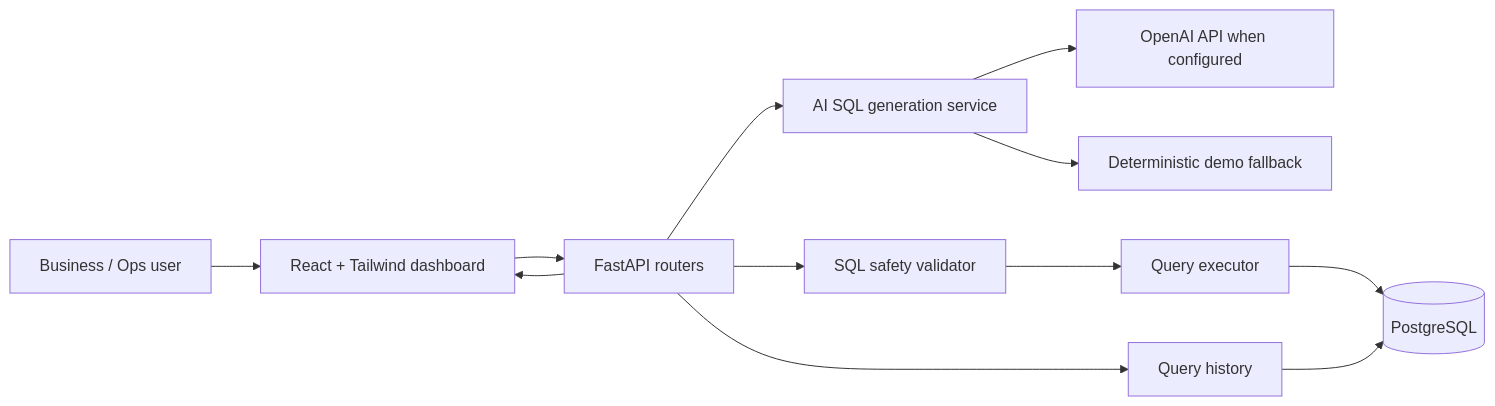
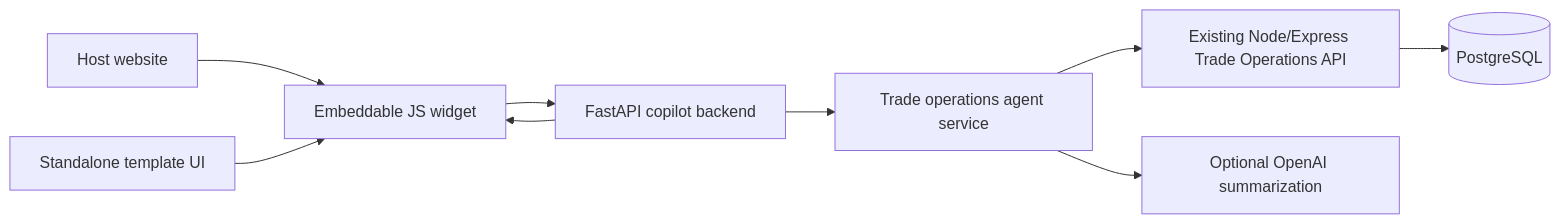
Before and after one commit to chawki-Y/ai-enterprise-data-copilot: the diagram in README.md, drawn with Mermaid. The commit also changed other lines of this file and 13 other files, not shown here.

Commit message:
Add embeddable trade operations copilot

````diff
--- a/README.md
+++ b/README.md
@@ -21,14 +21,11 @@
 ```mermaid
 flowchart LR
-    User[Business / Ops user] --> UI[React + Tailwind dashboard]
-    UI --> API[FastAPI routers]
-    API --> Generator[AI SQL generation service]
-    Generator --> OpenAI[OpenAI API when configured]
-    Generator --> Fallback[Deterministic demo fallback]
-    API --> Validator[SQL safety validator]
-    Validator --> Executor[Query executor]
-    Executor --> DB[(PostgreSQL)]
-    API --> History[Query history]
-    History --> DB
-    API --> UI
+    Website[Host website] --> Widget[Embeddable JS widget]
+    Template[Standalone template UI] --> Widget
+    Widget --> CopilotAPI[FastAPI copilot backend]
+    CopilotAPI --> Agent[Trade operations agent service]
+    Agent --> TradeAPI[Existing Node/Express Trade Operations API]
+    TradeAPI --> DB[(PostgreSQL)]
+    Agent --> OpenAI[Optional OpenAI summarization]
+    CopilotAPI --> Widget
 ```
````
